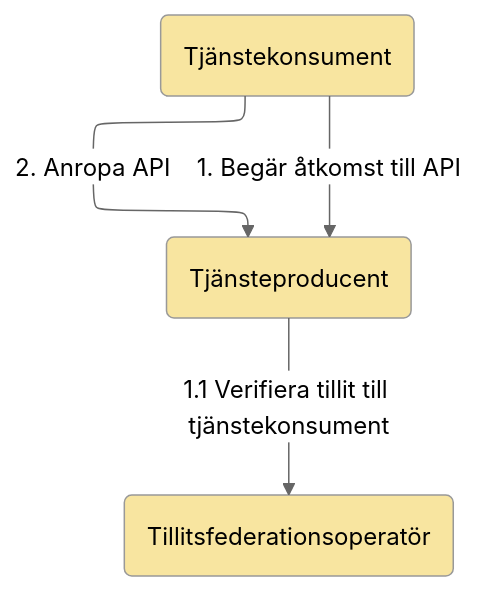
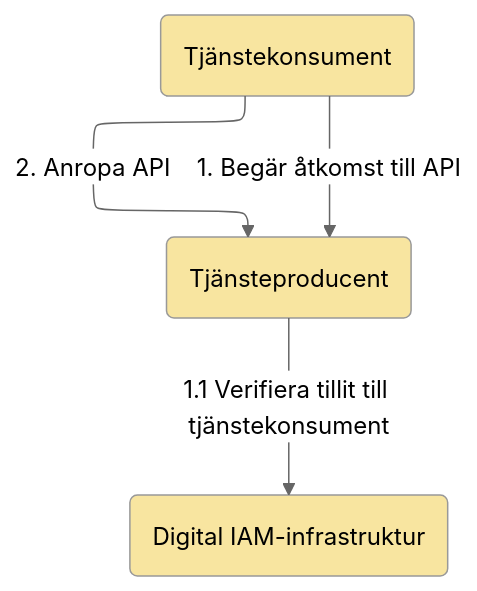
One commit to diggsweden/ena-authorization changed the second of 10 diagrams in architecture/drafts/IAM_TargetArchitecture_Sweden.md. Above: the diagram before and after it, drawn with Mermaid (neutral theme). The commit also changed other lines of this file, not shown here.

Commit message:
Uppdaterat till digital IAM-infrastruktur i bilder

````diff
--- a/architecture/drafts/IAM_TargetArchitecture_Sweden.md
+++ b/architecture/drafts/IAM_TargetArchitecture_Sweden.md
@@ -73,20 +73,20 @@
 ```mermaid
 %%{init: {"flowchart": {"defaultRenderer": "elk"}} }%%
 graph 
 classDef org fill:#F8E5A0
 classDef comp fill:#CCE1FF
 classDef box fill:#ffffff,stroke:#000000
 
 po(Tjänsteproducent)
 po:::org
 
-ss(Tillitsfederationsoperatör)
+ss(Digital IAM-infrastruktur)
 ss:::org
 
 co(Tjänstekonsument)
 co:::org
 
 co--<p>1. Begär åtkomst till API-->po
 po--<p>1.1 Verifiera tillit till tjänstekonsument-->ss
 co--<p>2. Anropa API-->po
 ```
````
